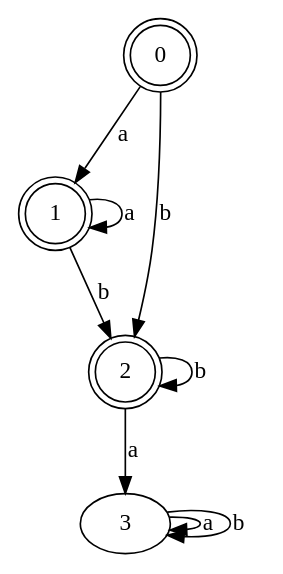
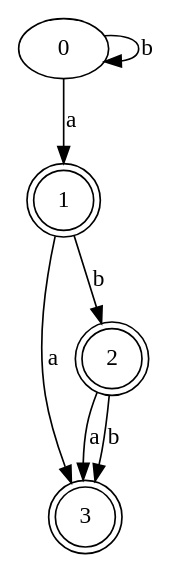
The diagram in out.dot (HH-LG/regular-experssion-convertion), drawn with Graphviz before and after one commit. The commit also changed 17 other files, not shown here.

```diff
--- a/out.dot
+++ b/out.dot
@@ -1,13 +1,12 @@
+
 digraph G {
 	0 -> 1 [label="a"];
-	0 -> 2 [label="b"];
-	1 -> 1 [label="a"];
+	0 -> 0 [label="b"];
+	1 -> 3 [label="a"];
 	1 -> 2 [label="b"];
 	2 -> 3 [label="a"];
-	2 -> 2 [label="b"];
-	3 -> 3 [label="a"];
-	3 -> 3 [label="b"];
-	0 [shape=doublecircle];
+	2 -> 3 [label="b"];
 	1 [shape=doublecircle];
 	2 [shape=doublecircle];
+	3 [shape=doublecircle];
 }
```
